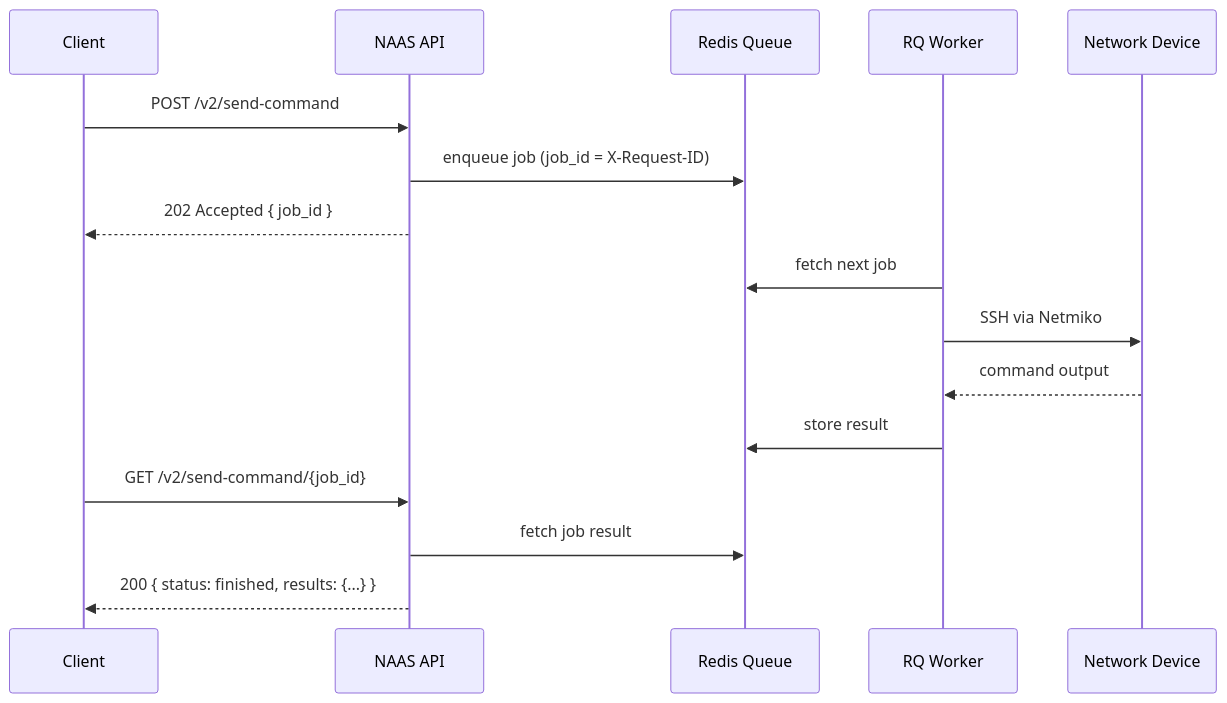
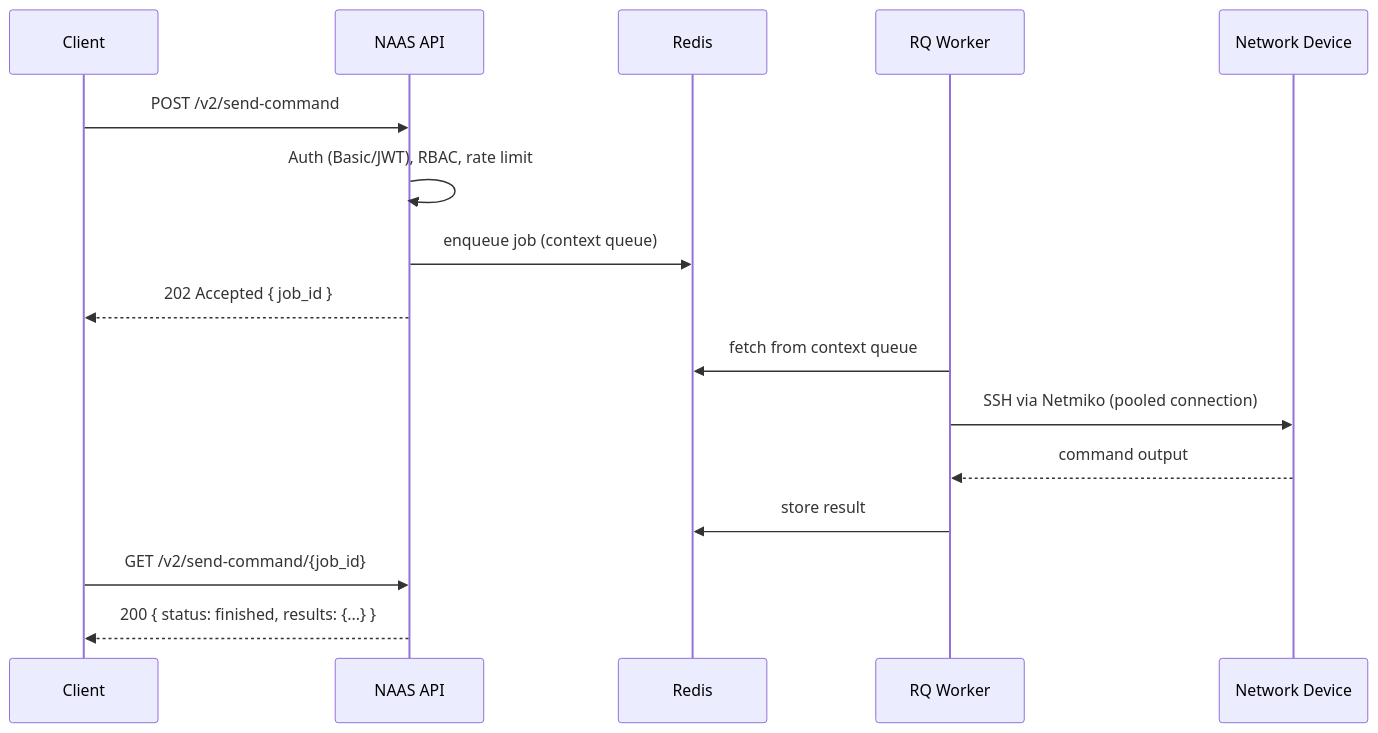
One commit to lykinsbd/naas changed the first of 3 diagrams in docs/architecture.md. Above: the diagram before and after it, drawn with Mermaid. The commit also changed other lines of this file and 1 other file, not shown here.

First line of the commit message:
docs: update architecture page to reflect v2.x state

````diff
--- a/docs/architecture.md
+++ b/docs/architecture.md
@@ -7,21 +7,21 @@
 ```mermaid
 sequenceDiagram
     participant Client
     participant API as NAAS API
-    participant Queue as Redis Queue
+    participant Queue as Redis
     participant Worker as RQ Worker
     participant Device as Network Device
 
     Client->>API: POST /v2/send-command
-    API->>Queue: enqueue job (job_id = X-Request-ID)
+    API->>API: Auth (Basic/JWT), RBAC, rate limit
+    API->>Queue: enqueue job (context queue)
     API-->>Client: 202 Accepted { job_id }
 
-    Worker->>Queue: fetch next job
-    Worker->>Device: SSH via Netmiko
+    Worker->>Queue: fetch from context queue
+    Worker->>Device: SSH via Netmiko (pooled connection)
     Device-->>Worker: command output
     Worker->>Queue: store result
 
     Client->>API: GET /v2/send-command/{job_id}
-    API->>Queue: fetch job result
     API-->>Client: 200 { status: finished, results: {...} }
 ```
````
